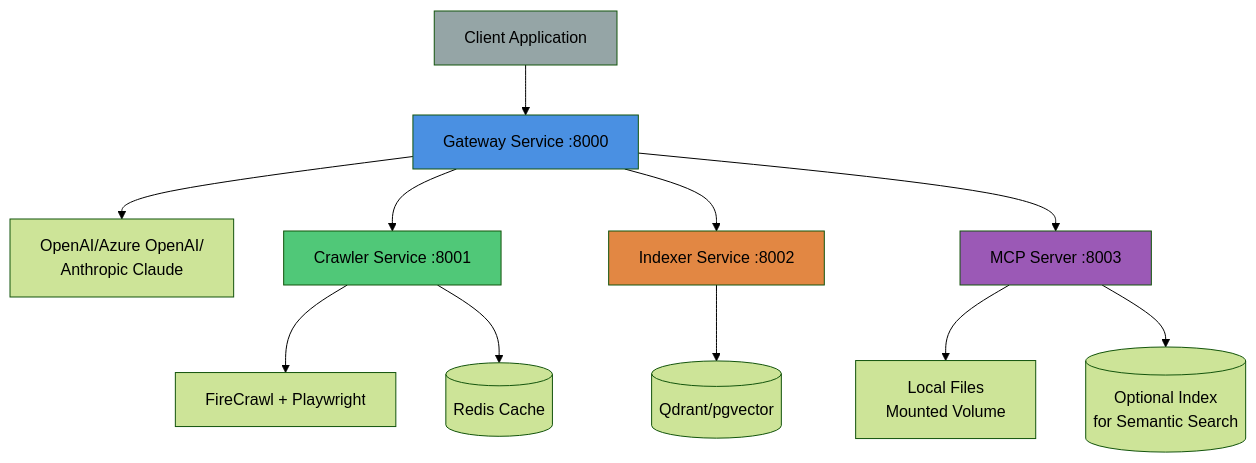
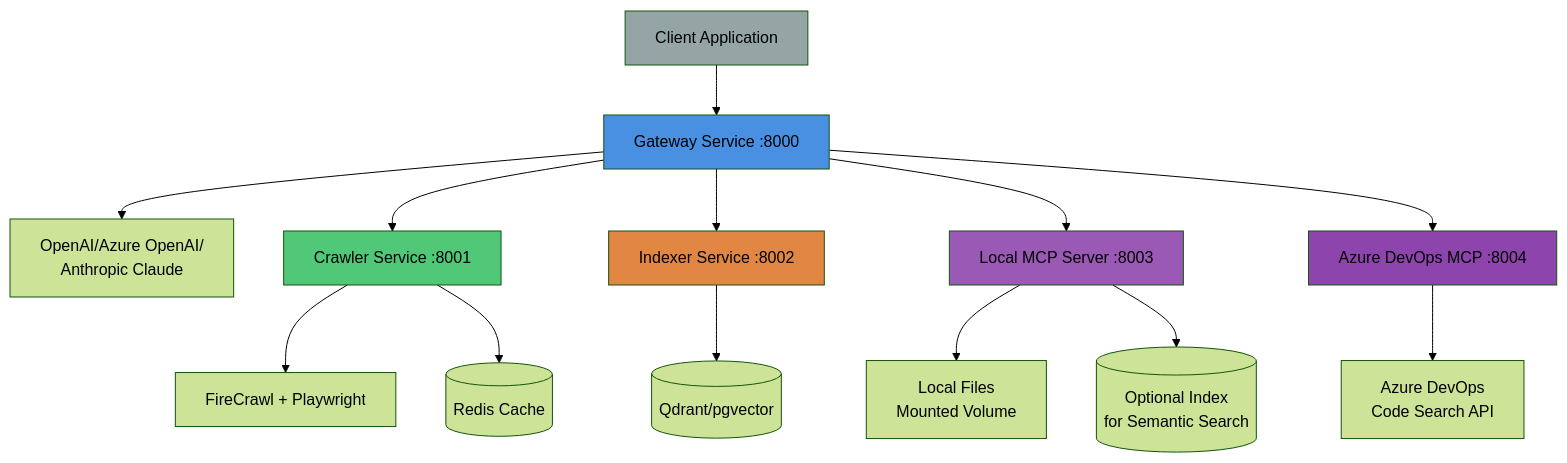
Before and after one commit to shushenglihotmail/LLMCrawl: the first of 2 diagrams in README.md, drawn with Mermaid (forest theme). The commit also changed other lines of this file and 15 other files, not shown here.

````diff
--- a/README.md
+++ b/README.md
@@ -21,22 +21,26 @@
 ```mermaid
 graph TB
     Client[Client Application] --> Gateway[Gateway Service :8000]
     Gateway --> LLM[OpenAI/Azure OpenAI/<br/>Anthropic Claude]
     Gateway --> Crawler[Crawler Service :8001]
     Gateway --> Indexer[Indexer Service :8002]
-    Gateway --> MCP[MCP Server :8003]
+    Gateway --> LocalMCP[Local MCP Server :8003]
+    Gateway --> AzDOMCP[Azure DevOps MCP :8004]
 
     Crawler --> FireCrawl[FireCrawl + Playwright]
     Crawler --> Redis[(Redis Cache)]
 
     Indexer --> VectorDB[(Qdrant/pgvector)]
 
-    MCP --> LocalFiles[Local Files<br/>Mounted Volume]
-    MCP --> MCPIndex[(Optional Index<br/>for Semantic Search)]
+    LocalMCP --> LocalFiles[Local Files<br/>Mounted Volume]
+    LocalMCP --> MCPIndex[(Optional Index<br/>for Semantic Search)]
+
+    AzDOMCP --> AzureDevOps[Azure DevOps<br/>Code Search API]
 
     style Gateway fill:#4A90E2
     style Crawler fill:#50C878
     style Indexer fill:#E28743
-    style MCP fill:#9B59B6
+    style LocalMCP fill:#9B59B6
+    style AzDOMCP fill:#8E44AD
     style Client fill:#95A5A6
 ```
````
